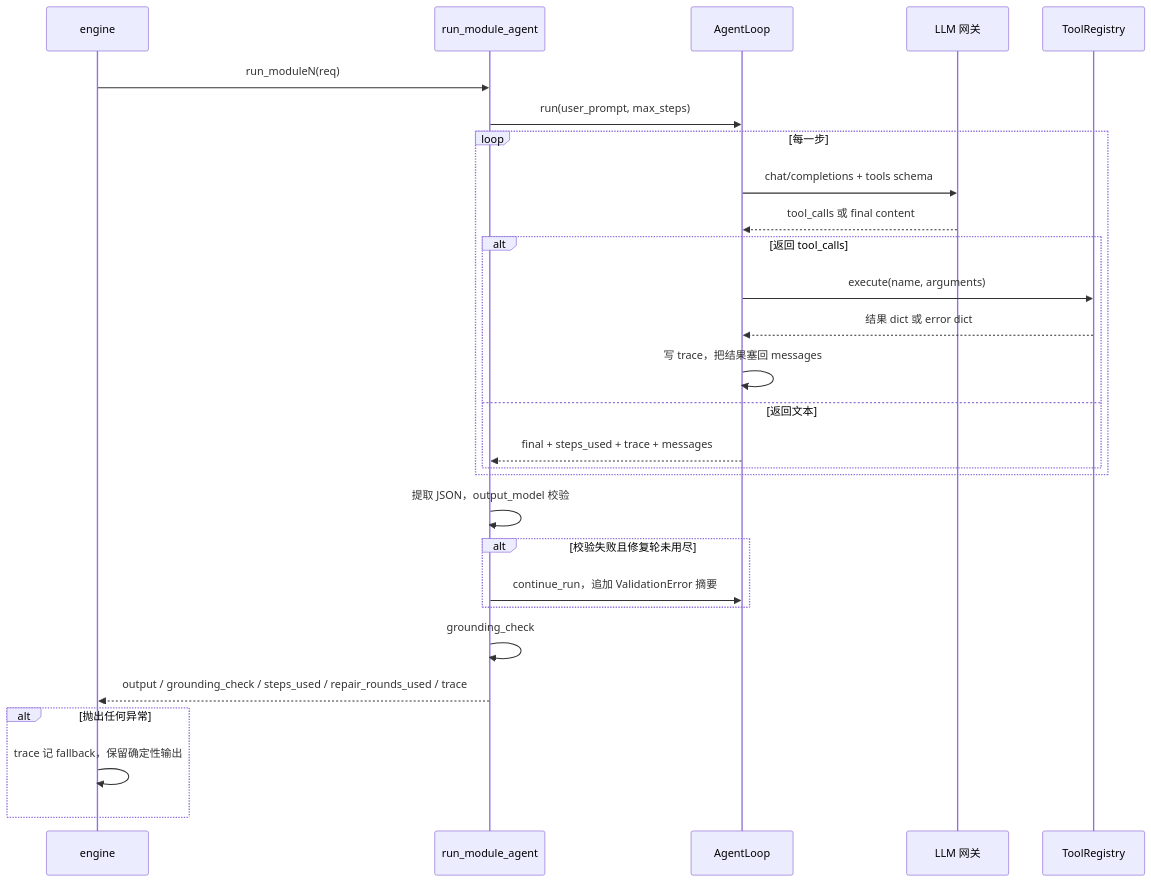
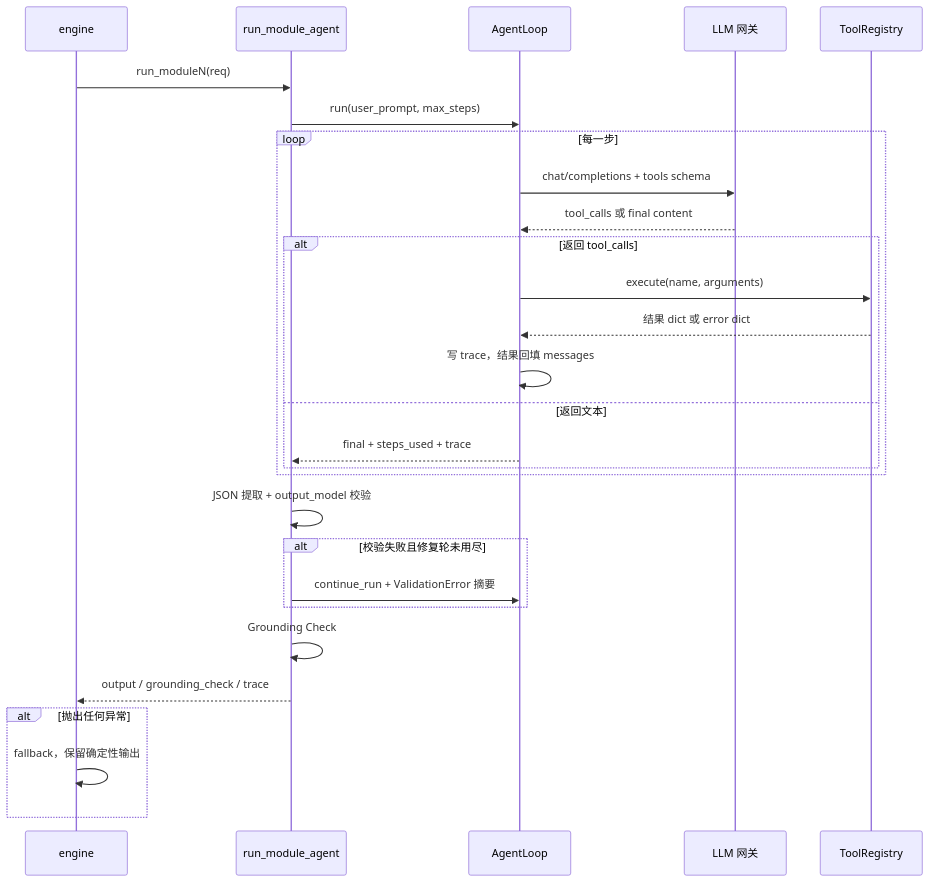
One commit to angaoanzj/redbook-ads-strategy-agent changed the second of 4 diagrams in docs/TECHNICAL_ARCHITECTURE.md. Above: the diagram before and after it, drawn with Mermaid. The commit also changed other lines of this file and 64 other files, not shown here.

````diff
--- a/docs/TECHNICAL_ARCHITECTURE.md
+++ b/docs/TECHNICAL_ARCHITECTURE.md
@@ -333,31 +169,31 @@
 ```mermaid
 sequenceDiagram
     participant E as engine
     participant B as run_module_agent
     participant L as AgentLoop
     participant M as LLM 网关
     participant T as ToolRegistry
 
     E->>B: run_moduleN(req)
     B->>L: run(user_prompt, max_steps)
     loop 每一步
         L->>M: chat/completions + tools schema
         M-->>L: tool_calls 或 final content
         alt 返回 tool_calls
             L->>T: execute(name, arguments)
             T-->>L: 结果 dict 或 error dict
-            L->>L: 写 trace，把结果塞回 messages
+            L->>L: 写 trace，结果回填 messages
         else 返回文本
-            L-->>B: final + steps_used + trace + messages
+            L-->>B: final + steps_used + trace
         end
     end
-    B->>B: 提取 JSON，output_model 校验
+    B->>B: JSON 提取 + output_model 校验
     alt 校验失败且修复轮未用尽
-        B->>L: continue_run，追加 ValidationError 摘要
+        B->>L: continue_run + ValidationError 摘要
     end
-    B->>B: grounding_check
-    B-->>E: output / grounding_check / steps_used / repair_rounds_used / trace
+    B->>B: Grounding Check
+    B-->>E: output / grounding_check / trace
     alt 抛出任何异常
-        E->>E: trace 记 fallback，保留确定性输出
+        E->>E: fallback，保留确定性输出
     end
 ```
````
